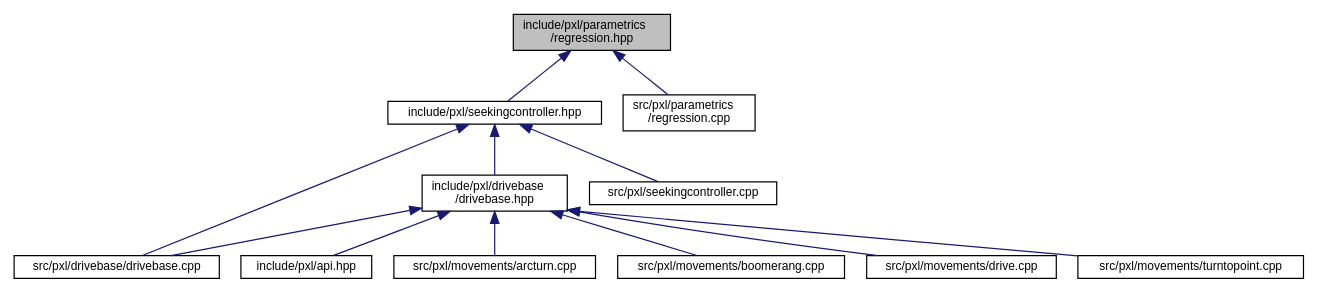
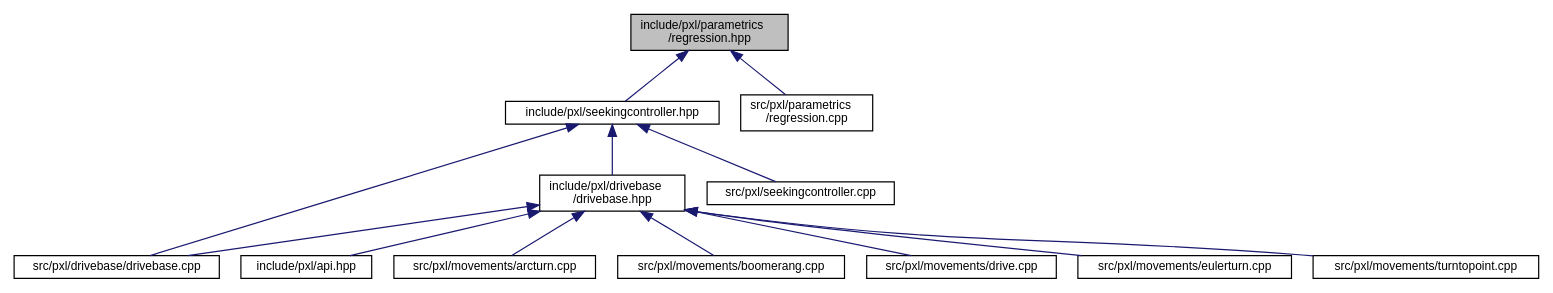
The diagram in regression_8hpp__dep__incl.dot (Pixel-Lib/Pixel), drawn with Graphviz before and after one commit. The commit also changed 247 other files, not shown here.

```diff
--- a/regression_8hpp__dep__incl.dot
+++ b/regression_8hpp__dep__incl.dot
@@ -1,28 +1,30 @@
 digraph "include/pxl/parametrics/regression.hpp"
 {
  // LATEX_PDF_SIZE
   edge [fontname="Helvetica",fontsize="10",labelfontname="Helvetica",labelfontsize="10"];
   node [fontname="Helvetica",fontsize="10",shape=record];
   Node1 [label="include/pxl/parametrics\l/regression.hpp",height=0.2,width=0.4,color="black", fillcolor="grey75", style="filled", fontcolor="black",tooltip=" "];
   Node1 -> Node2 [dir="back",color="midnightblue",fontsize="10",style="solid",fontname="Helvetica"];
   Node2 [label="include/pxl/seekingcontroller.hpp",height=0.2,width=0.4,color="black", fillcolor="white", style="filled",URL="$seekingcontroller_8hpp.html",tooltip=" "];
   Node2 -> Node3 [dir="back",color="midnightblue",fontsize="10",style="solid",fontname="Helvetica"];
   Node3 [label="include/pxl/drivebase\l/drivebase.hpp",height=0.2,width=0.4,color="black", fillcolor="white", style="filled",URL="$drivebase_8hpp.html",tooltip=" "];
   Node3 -> Node4 [dir="back",color="midnightblue",fontsize="10",style="solid",fontname="Helvetica"];
   Node4 [label="include/pxl/api.hpp",height=0.2,width=0.4,color="black", fillcolor="white", style="filled",URL="$api_8hpp.html",tooltip=" "];
   Node3 -> Node5 [dir="back",color="midnightblue",fontsize="10",style="solid",fontname="Helvetica"];
   Node5 [label="src/pxl/drivebase/drivebase.cpp",height=0.2,width=0.4,color="black", fillcolor="white", style="filled",URL="$drivebase_8cpp.html",tooltip=" "];
   Node3 -> Node6 [dir="back",color="midnightblue",fontsize="10",style="solid",fontname="Helvetica"];
   Node6 [label="src/pxl/movements/arcturn.cpp",height=0.2,width=0.4,color="black", fillcolor="white", style="filled",URL="$arcturn_8cpp.html",tooltip=" "];
   Node3 -> Node7 [dir="back",color="midnightblue",fontsize="10",style="solid",fontname="Helvetica"];
   Node7 [label="src/pxl/movements/boomerang.cpp",height=0.2,width=0.4,color="black", fillcolor="white", style="filled",URL="$boomerang_8cpp.html",tooltip=" "];
   Node3 -> Node8 [dir="back",color="midnightblue",fontsize="10",style="solid",fontname="Helvetica"];
   Node8 [label="src/pxl/movements/drive.cpp",height=0.2,width=0.4,color="black", fillcolor="white", style="filled",URL="$drive_8cpp.html",tooltip=" "];
   Node3 -> Node9 [dir="back",color="midnightblue",fontsize="10",style="solid",fontname="Helvetica"];
-  Node9 [label="src/pxl/movements/turntopoint.cpp",height=0.2,width=0.4,color="black", fillcolor="white", style="filled",URL="$turntopoint_8cpp.html",tooltip=" "];
+  Node9 [label="src/pxl/movements/eulerturn.cpp",height=0.2,width=0.4,color="black", fillcolor="white", style="filled",URL="$eulerturn_8cpp.html",tooltip=" "];
+  Node3 -> Node10 [dir="back",color="midnightblue",fontsize="10",style="solid",fontname="Helvetica"];
+  Node10 [label="src/pxl/movements/turntopoint.cpp",height=0.2,width=0.4,color="black", fillcolor="white", style="filled",URL="$turntopoint_8cpp.html",tooltip=" "];
   Node2 -> Node5 [dir="back",color="midnightblue",fontsize="10",style="solid",fontname="Helvetica"];
-  Node2 -> Node10 [dir="back",color="midnightblue",fontsize="10",style="solid",fontname="Helvetica"];
-  Node10 [label="src/pxl/seekingcontroller.cpp",height=0.2,width=0.4,color="black", fillcolor="white", style="filled",URL="$seekingcontroller_8cpp.html",tooltip=" "];
-  Node1 -> Node11 [dir="back",color="midnightblue",fontsize="10",style="solid",fontname="Helvetica"];
-  Node11 [label="src/pxl/parametrics\l/regression.cpp",height=0.2,width=0.4,color="black", fillcolor="white", style="filled",URL="$regression_8cpp.html",tooltip=" "];
+  Node2 -> Node11 [dir="back",color="midnightblue",fontsize="10",style="solid",fontname="Helvetica"];
+  Node11 [label="src/pxl/seekingcontroller.cpp",height=0.2,width=0.4,color="black", fillcolor="white", style="filled",URL="$seekingcontroller_8cpp.html",tooltip=" "];
+  Node1 -> Node12 [dir="back",color="midnightblue",fontsize="10",style="solid",fontname="Helvetica"];
+  Node12 [label="src/pxl/parametrics\l/regression.cpp",height=0.2,width=0.4,color="black", fillcolor="white", style="filled",URL="$regression_8cpp.html",tooltip=" "];
 }
```
